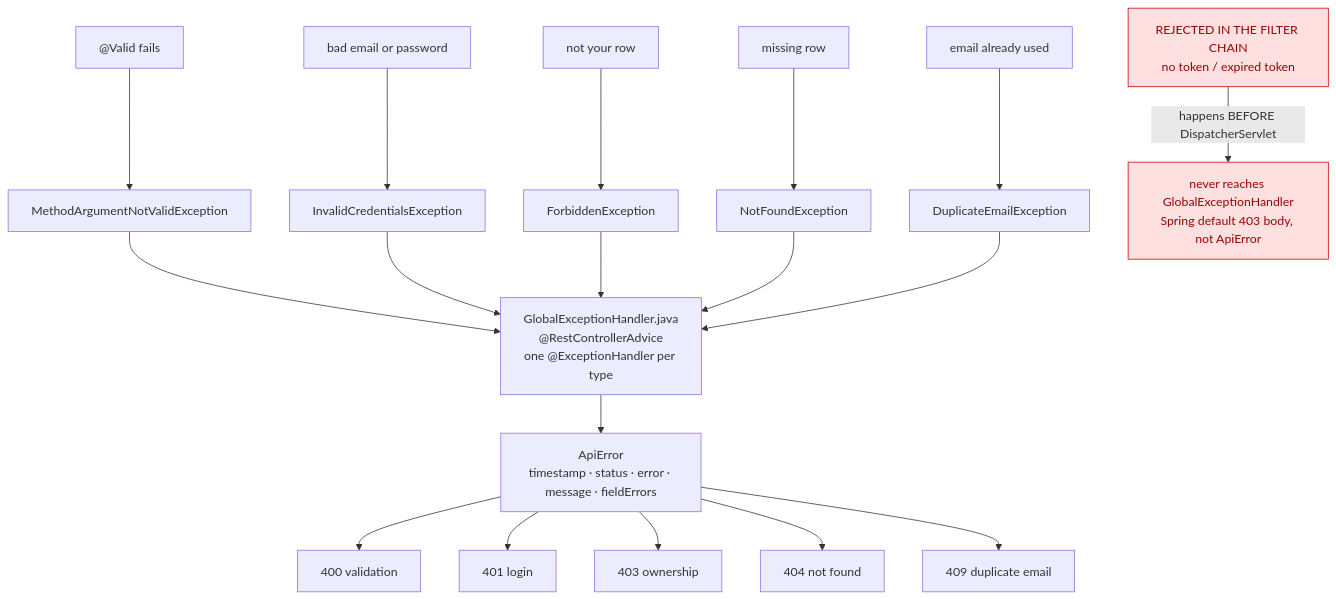
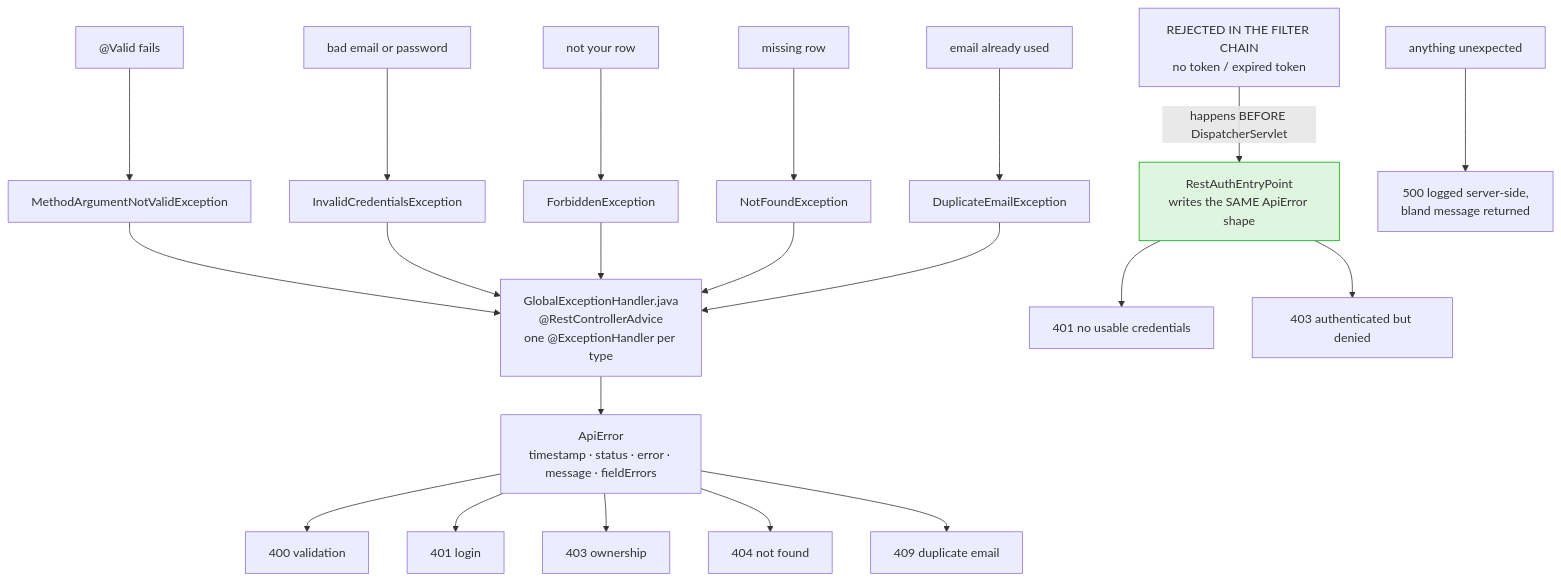
Before and after one commit to RajatRajSharma/rentFlowBackend: diagram 12 of 14 in docs/API_FLOW.md, drawn with Mermaid. The commit also changed other lines of this file and 21 other files, not shown here.

````diff
--- a/docs/API_FLOW.md
+++ b/docs/API_FLOW.md
@@ -458,29 +529,33 @@
 ```mermaid
 flowchart TD
     V["@Valid fails"] --> MANV["MethodArgumentNotValidException"]
     L["bad email or password"] --> IC["InvalidCredentialsException"]
     O["not your row"] --> FE["ForbiddenException"]
     M["missing row"] --> NF["NotFoundException"]
     D["email already used"] --> DE["DuplicateEmailException"]
 
     MANV --> GEH
     IC --> GEH
     FE --> GEH
     NF --> GEH
     DE --> GEH
 
     GEH["GlobalExceptionHandler.java<br/>@RestControllerAdvice<br/>one @ExceptionHandler per type"]
     GEH --> AE["ApiError<br/>timestamp · status · error · message · fieldErrors"]
 
     AE --> S400["400 validation"]
     AE --> S401["401 login"]
     AE --> S403["403 ownership"]
     AE --> S404["404 not found"]
     AE --> S409["409 duplicate email"]
 
     FC["REJECTED IN THE FILTER CHAIN<br/>no token / expired token"]
-    FC -->|"happens BEFORE DispatcherServlet"| BYP["never reaches GlobalExceptionHandler<br/>Spring default 403 body, not ApiError"]
+    FC -->|"happens BEFORE DispatcherServlet"| REP["RestAuthEntryPoint<br/>writes the SAME ApiError shape"]
+    REP --> S401b["401 no usable credentials"]
+    REP --> S403b["403 authenticated but denied"]
 
-    classDef gap fill:#ffe0e0,stroke:#c00,color:#900
-    class FC,BYP gap
+    CATCH["anything unexpected"] --> S500["500 logged server-side,<br/>bland message returned"]
+
+    classDef ok fill:#e0f5e0,stroke:#0a0
+    class REP ok
 ```
````
